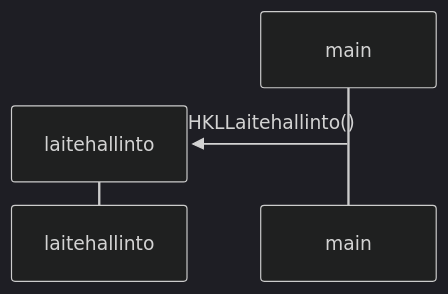
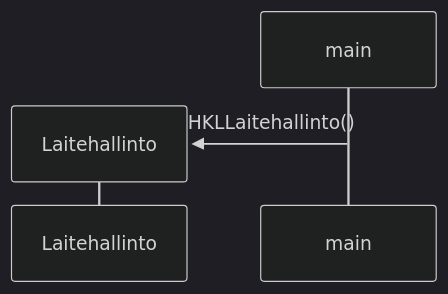
Before and after one commit to maazjes/ohte: the diagram in laskarit/viikko3/HSL.md, drawn with Mermaid (dark theme). The commit also changed 1 other file, not shown here.

````diff
--- a/laskarit/viikko3/HSL.md
+++ b/laskarit/viikko3/HSL.md
@@ -1,6 +1,5 @@
 ```mermaid
 sequenceDiagram
-    create participant laitehallinto
-    main->>laitehallinto: HKLLaitehallinto()
-    destroy laitehallinto
+    create participant Laitehallinto
+    main->>Laitehallinto: HKLLaitehallinto()
 ```
````
